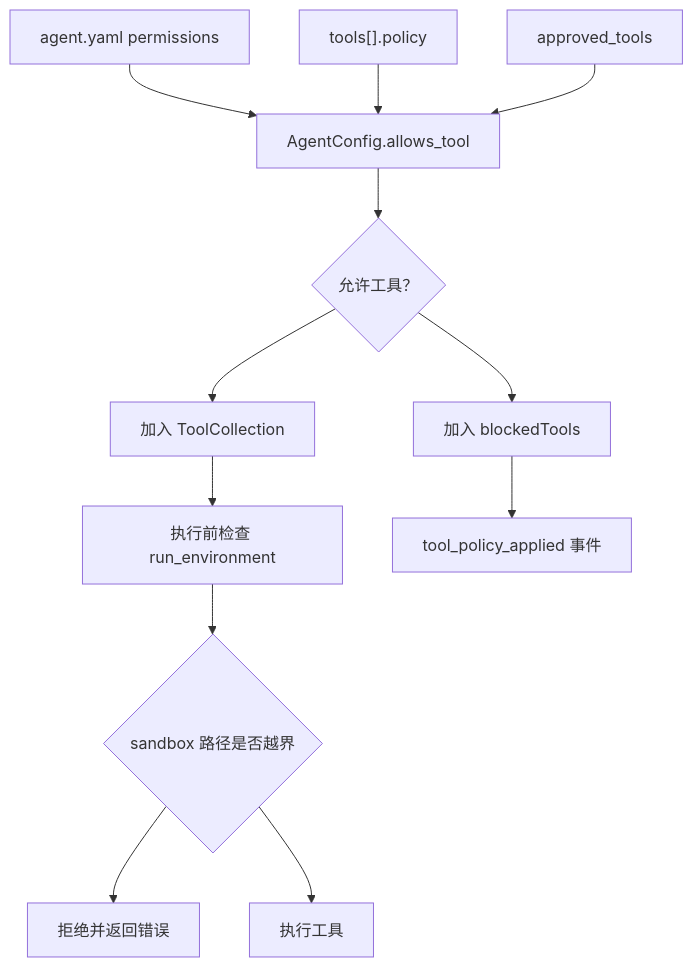
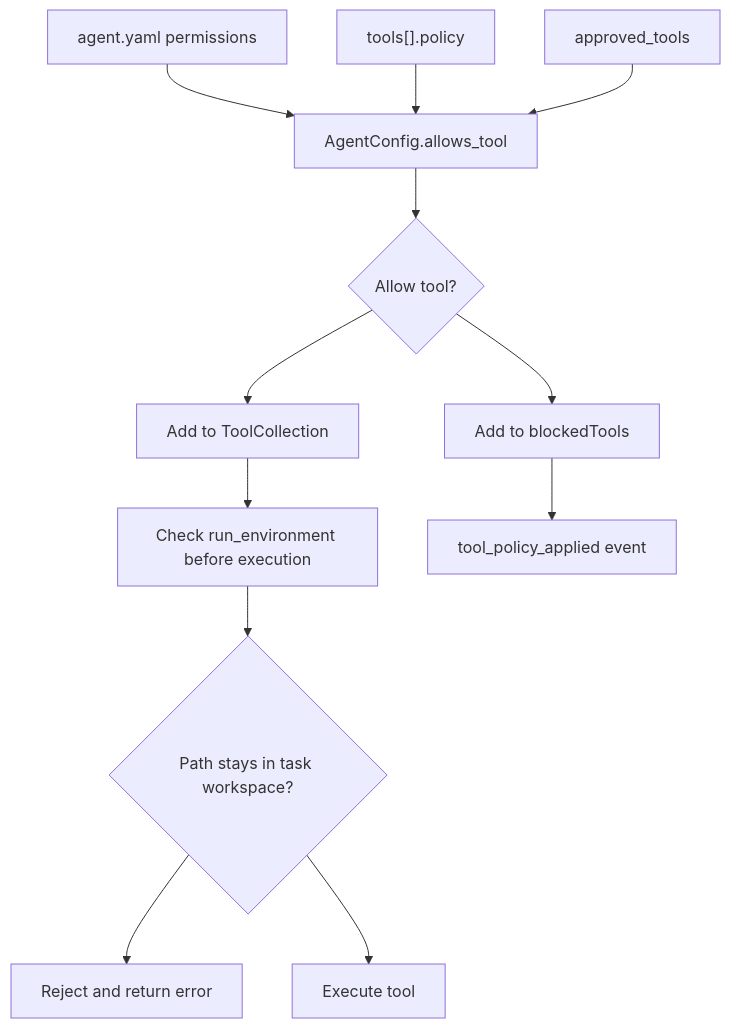
One commit to youkuxiaobin/task-pilot-agent changed diagram 16 of 18 in README.md. Above: the diagram before and after it, drawn with Mermaid. The commit also changed other lines of this file and 1 other file, not shown here.

````diff
--- a/README.md
+++ b/README.md
@@ -314,14 +331,14 @@
 ```mermaid
 flowchart TD
   A["agent.yaml permissions"] --> B["AgentConfig.allows_tool"]
   C["tools[].policy"] --> B
   D["approved_tools"] --> B
-  B --> E{"允许工具？"}
-  E --> F["加入 ToolCollection"]
-  E --> G["加入 blockedTools"]
-  F --> H["执行前检查 run_environment"]
-  H --> I{"sandbox 路径是否越界"}
-  I --> J["拒绝并返回错误"]
-  I --> K["执行工具"]
-  G --> L["tool_policy_applied 事件"]
+  B --> E{"Allow tool?"}
+  E --> F["Add to ToolCollection"]
+  E --> G["Add to blockedTools"]
+  F --> H["Check run_environment before execution"]
+  H --> I{"Path stays in task workspace?"}
+  I --> J["Reject and return error"]
+  I --> K["Execute tool"]
+  G --> L["tool_policy_applied event"]
 ```
````
